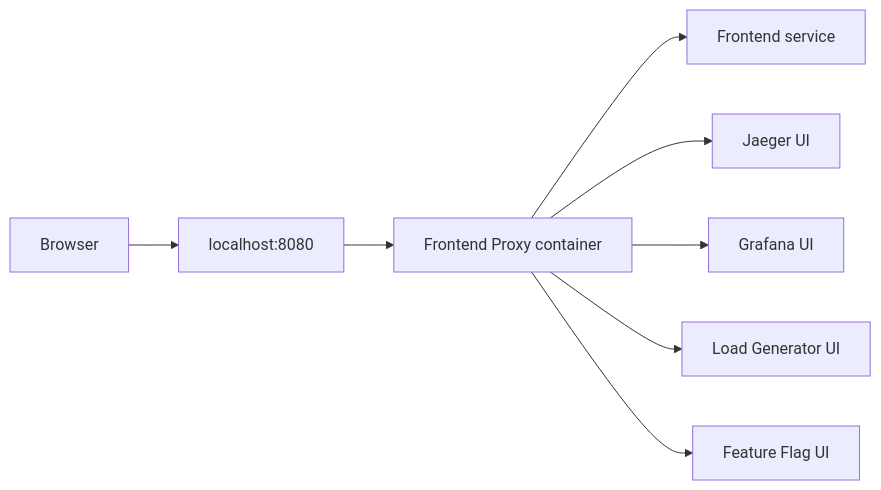
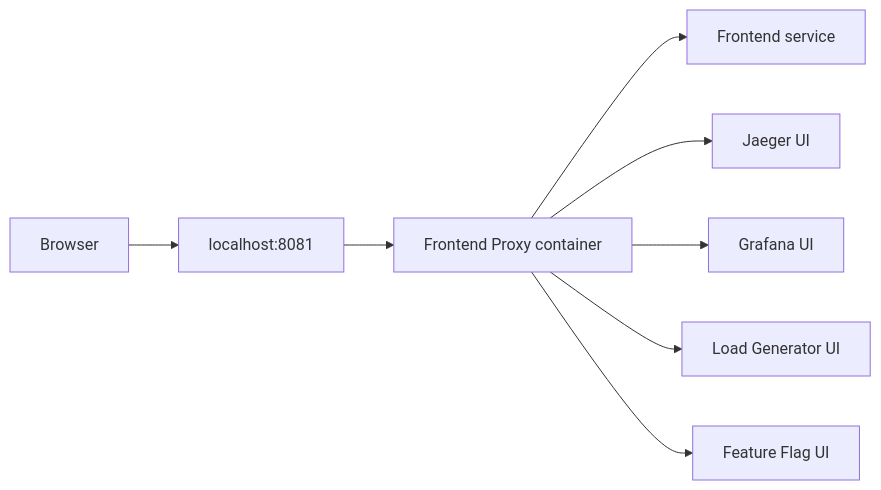
The first of 2 diagrams in docs/ci-cd-and-ports.md (Deploytitans/Devops-Project), drawn with Mermaid before and after one commit. The commit also changed other lines of this file and 5 other files, not shown here.

````diff
--- a/docs/ci-cd-and-ports.md
+++ b/docs/ci-cd-and-ports.md
@@ -90,10 +91,10 @@
 ```mermaid
 flowchart LR
-  Browser["Browser"] --> Port["localhost:8080"]
+  Browser["Browser"] --> Port["localhost:8081"]
   Port --> Proxy["Frontend Proxy container"]
   Proxy --> Shop["Frontend service"]
   Proxy --> Jaeger["Jaeger UI"]
   Proxy --> Grafana["Grafana UI"]
   Proxy --> LoadGen["Load Generator UI"]
   Proxy --> Flags["Feature Flag UI"]
 ```
````
